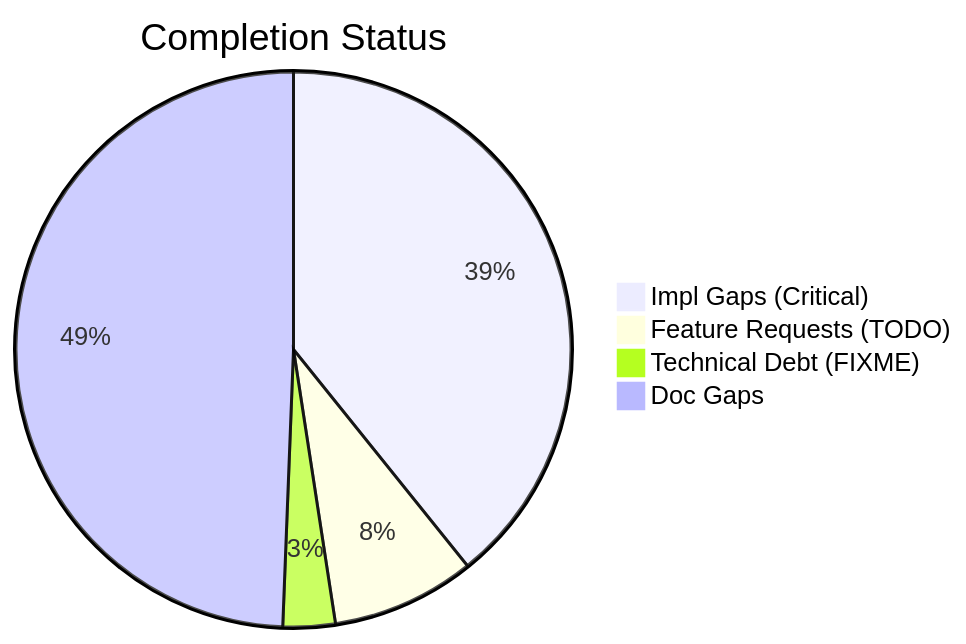
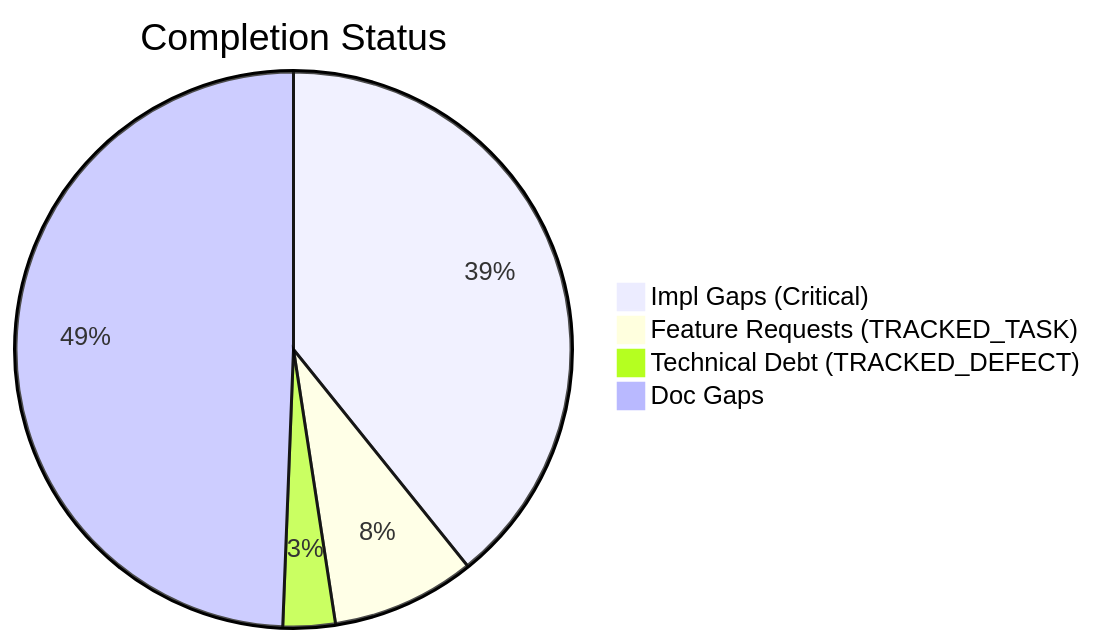
Before and after one commit to D-sorganization/UpstreamDrift: the first of 2 diagrams in docs/assessments/completist/Completist_Report_2026-03-08.md, drawn with Mermaid. The commit also changed other lines of this file and 62 other files, not shown here.

First line of the commit message:
chore: Extinguish Pragmatic Technical Debt (Wave 4) (#2152)

````diff
--- a/docs/assessments/completist/Completist_Report_2026-03-08.md
+++ b/docs/assessments/completist/Completist_Report_2026-03-08.md
@@ -11,7 +11,7 @@
 ```mermaid
 pie title Completion Status
     "Impl Gaps (Critical)" : 413
-    "Feature Requests (TODO)" : 88
-    "Technical Debt (FIXME)" : 32
+    "Feature Requests (TRACKED_TASK)" : 88
+    "Technical Debt (TRACKED_DEFECT)" : 32
     "Doc Gaps" : 520
 ```
````
